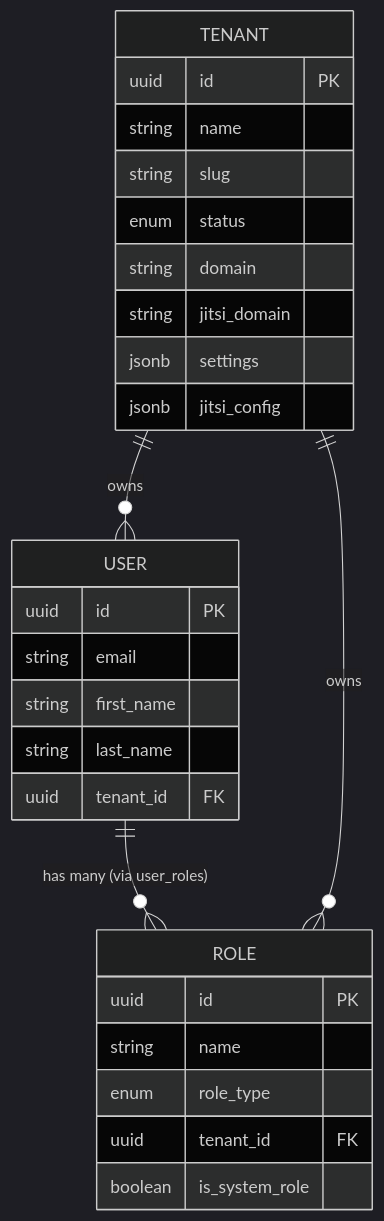
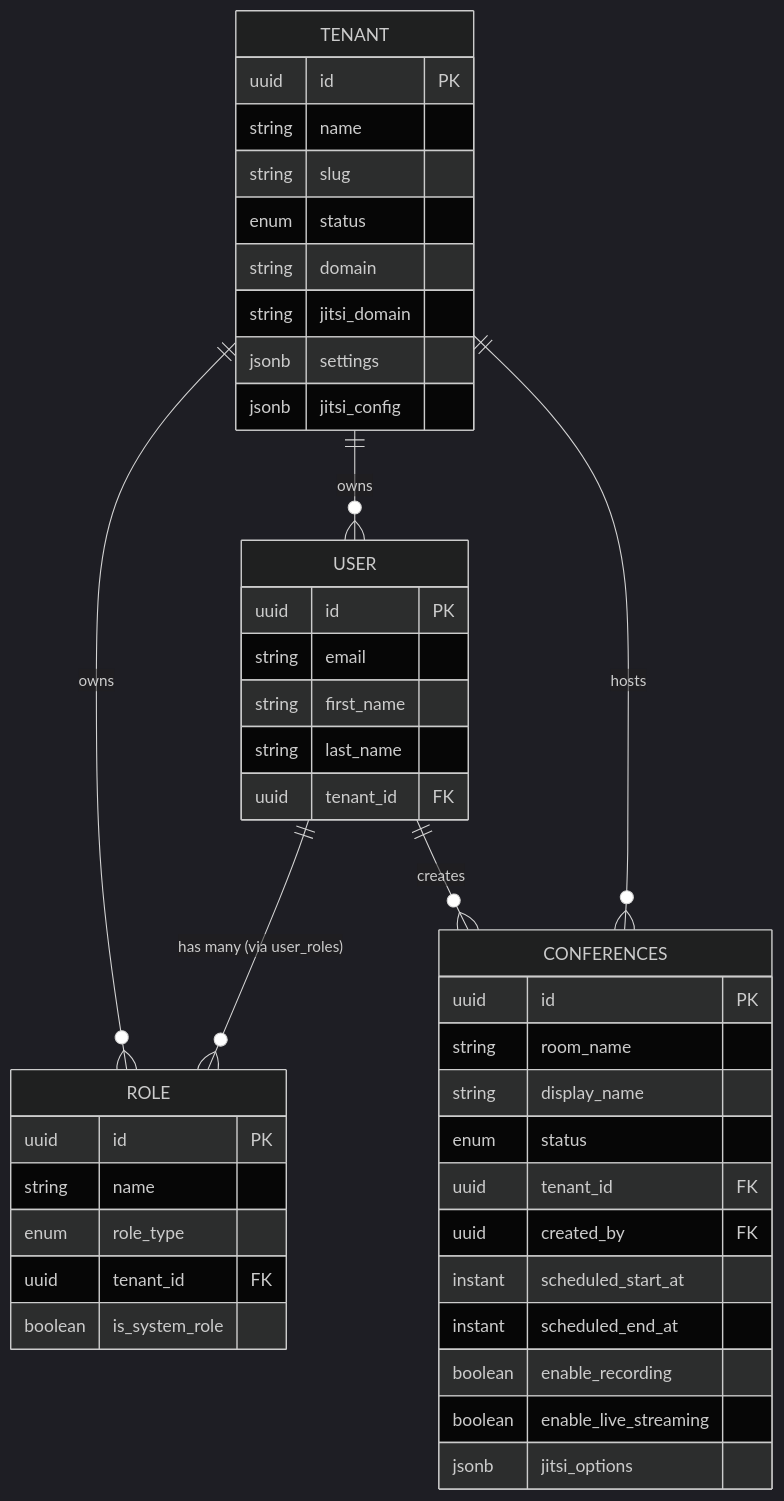
The eighth of 12 diagrams in .qoder/repowiki/en/content/Project Overview/Architecture Overview.md (Vostrikov2014/vks-qoder), drawn with Mermaid (dark theme) before and after one commit. The commit also changed other lines of this file and 9 other files, not shown here.

````diff
--- a/.qoder/repowiki/en/content/Project Overview/Architecture Overview.md
+++ b/.qoder/repowiki/en/content/Project Overview/Architecture Overview.md
@@ -331,30 +365,45 @@
 ```mermaid
 erDiagram
 TENANT {
 uuid id PK
 string name
 string slug
 enum status
 string domain
 string jitsi_domain
 jsonb settings
 jsonb jitsi_config
 }
 ROLE {
 uuid id PK
 string name
 enum role_type
 uuid tenant_id FK
 boolean is_system_role
 }
 USER {
 uuid id PK
 string email
 string first_name
 string last_name
 uuid tenant_id FK
 }
+CONFERENCES {
+uuid id PK
+string room_name
+string display_name
+enum status
+uuid tenant_id FK
+uuid created_by FK
+instant scheduled_start_at
+instant scheduled_end_at
+boolean enable_recording
+boolean enable_live_streaming
+jsonb jitsi_options
+}
 USER ||--o{ ROLE : "has many (via user_roles)"
 TENANT ||--o{ USER : "owns"
 TENANT ||--o{ ROLE : "owns"
+TENANT ||--o{ CONFERENCES : "hosts"
+USER ||--o{ CONFERENCES : "creates"
 ```
````
